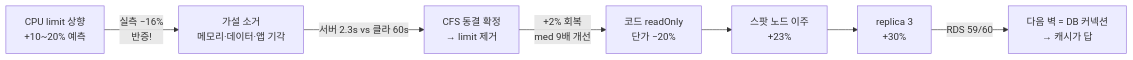
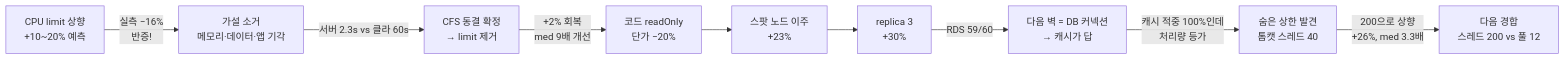
One commit to Minchae0322/yogurtte-rca-agent changed the fourth of 4 diagrams in autoscaling/loadtest/results/04-콘텐츠폭주/README.md. Above: the diagram before and after it, drawn with Mermaid. The commit also changed other lines of this file and 13 other files, not shown here.

````diff
--- a/autoscaling/loadtest/results/04-콘텐츠폭주/README.md
+++ b/autoscaling/loadtest/results/04-콘텐츠폭주/README.md
@@ -36,9 +36,11 @@
 ```mermaid
 flowchart LR
     A["CPU limit 상향<br/>+10~20% 예측"] -->|"실측 −16%<br/>반증!"| B["가설 소거<br/>메모리·데이터·앱 기각"]
     B -->|"서버 2.3s vs 클라 60s"| C["CFS 동결 확정<br/>→ limit 제거"]
     C -->|"+2% 회복<br/>med 9배 개선"| D["코드 readOnly<br/>단가 −20%"]
     D --> E["스팟 노드 이주<br/>+23%"]
     E --> F["replica 3<br/>+30%"]
     F -->|"RDS 59/60"| G["다음 벽 = DB 커넥션<br/>→ 캐시가 답"]
+    G -->|"캐시 적중 100%인데<br/>처리량 등가"| H["숨은 상한 발견<br/>톰캣 스레드 40"]
+    H -->|"200으로 상향<br/>+26%, med 3.3배"| I["다음 경합<br/>스레드 200 vs 풀 12"]
 ```
````
